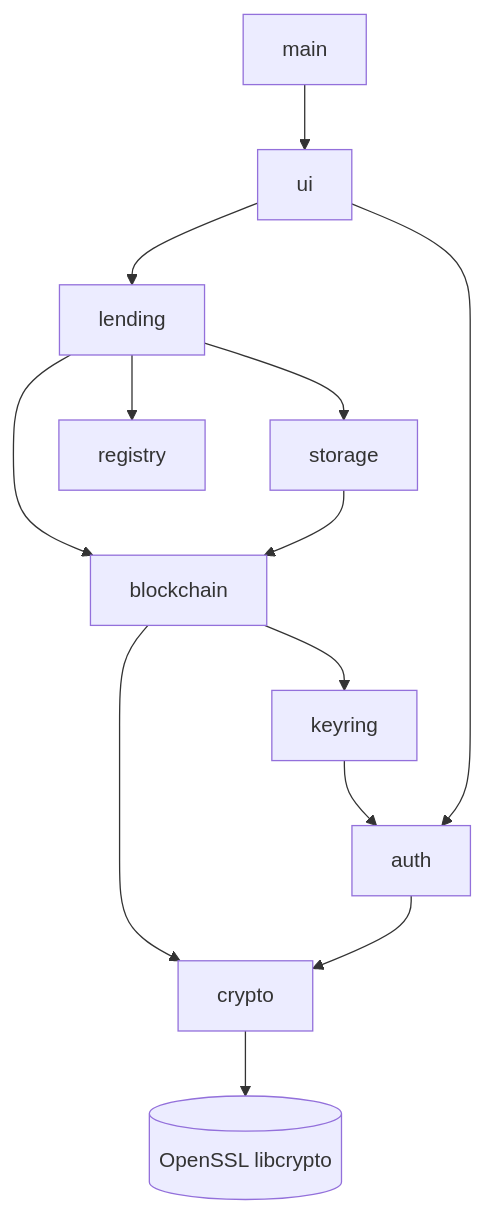
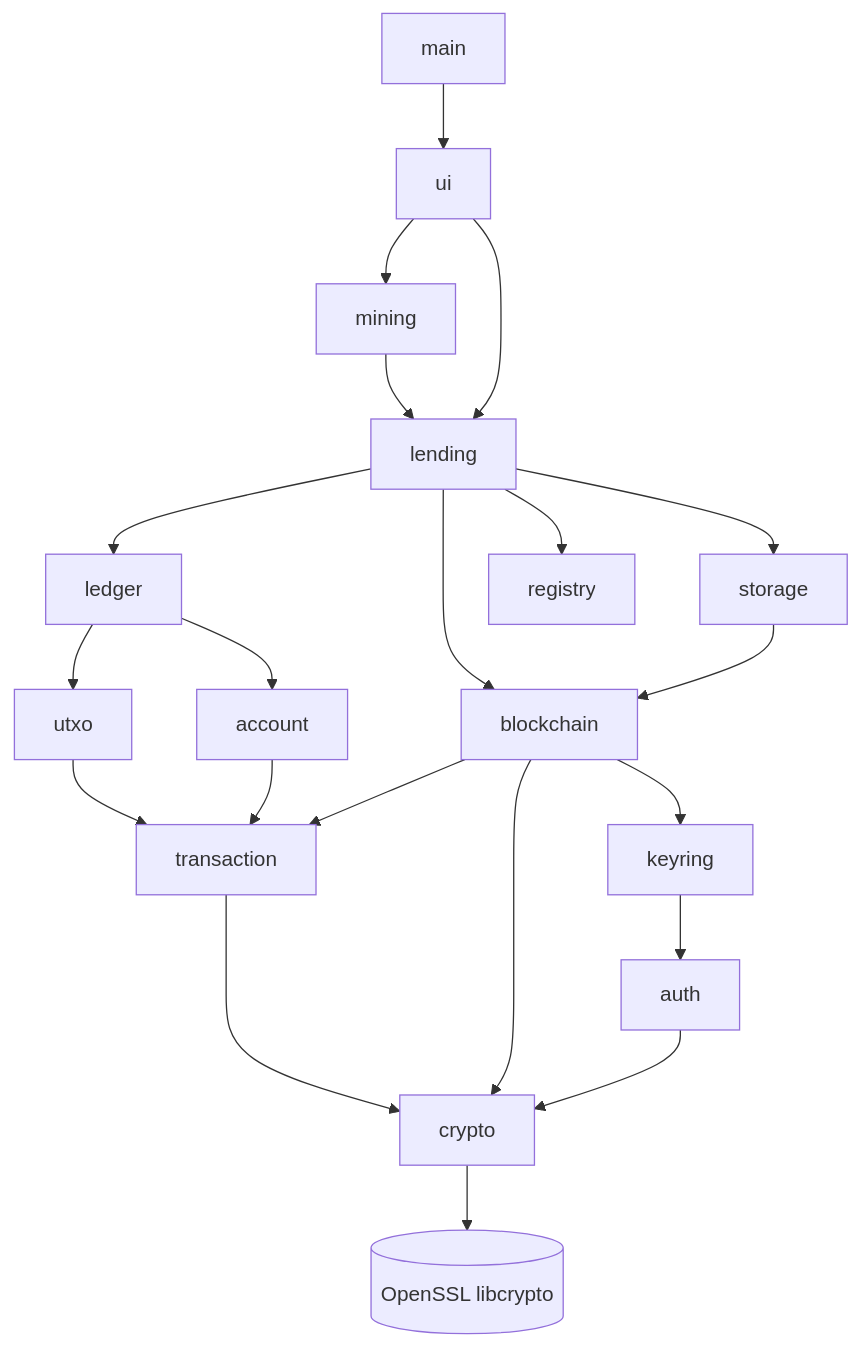
One commit to Noorul-Ayn/blockchain-library-lending-tracker-summative changed the sixth of 6 diagrams in docs/architecture.md. Above: the diagram before and after it, drawn with Mermaid. The commit also changed other lines of this file and 9 other files, not shown here.

Commit message:
Update tests, design diagrams and README for Formative 2

````diff
--- a/docs/architecture.md
+++ b/docs/architecture.md
@@ -101,15 +116,23 @@
 ```mermaid
 flowchart TD
     main --> ui
+    ui --> mining
     ui --> lending
-    ui --> auth
+    mining --> lending
+    lending --> ledger
     lending --> blockchain
     lending --> registry
     lending --> storage
+    ledger --> utxo
+    ledger --> account
+    utxo --> transaction
+    account --> transaction
+    blockchain --> transaction
     blockchain --> crypto
     blockchain --> keyring
     storage --> blockchain
     keyring --> auth
     auth --> crypto
+    transaction --> crypto
     crypto --> OpenSSL[(OpenSSL libcrypto)]
 ```
````
